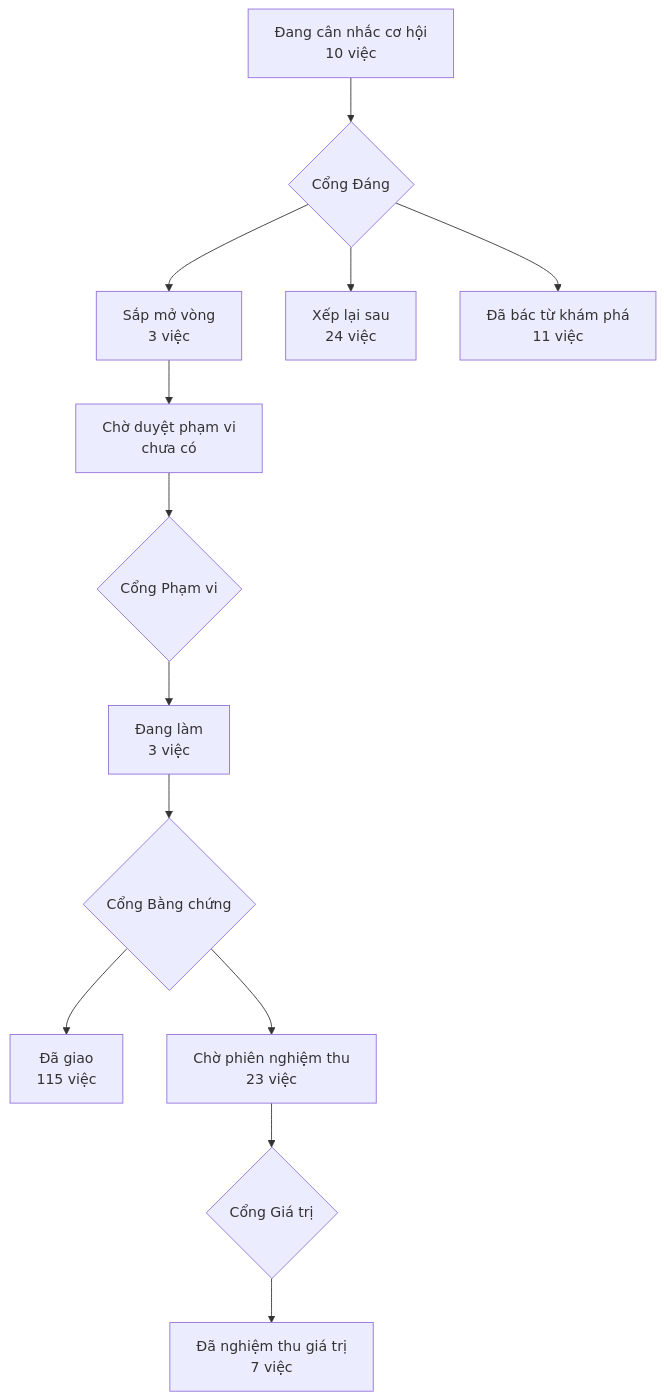
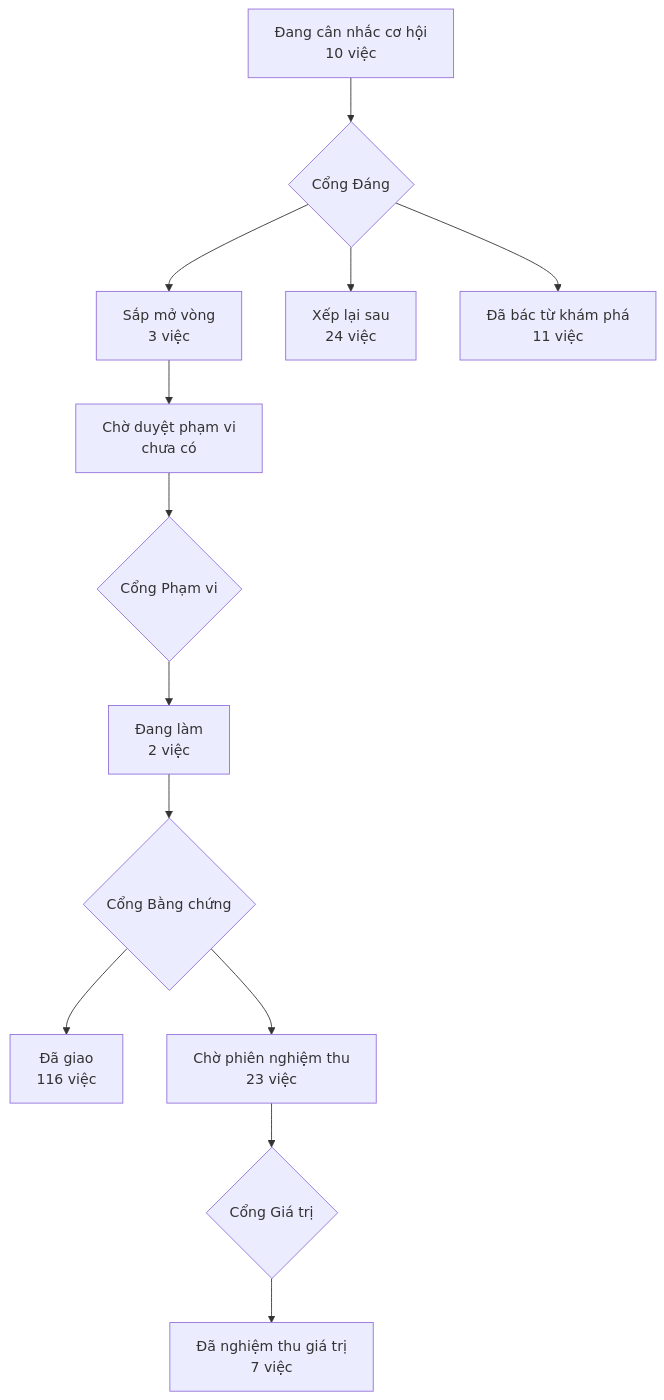
The diagram in PRODUCT-MAP.md (phanlemanh/acceptance-gate-kit), drawn with Mermaid before and after one commit. The commit also changed 5 other files, not shown here.

````diff
--- a/PRODUCT-MAP.md
+++ b/PRODUCT-MAP.md
@@ -7,12 +7,12 @@
 ```mermaid
 flowchart TD
   A["Đang cân nhắc cơ hội<br/>10 việc"] --> GD{"Cổng Đáng"}
   GD --> B["Sắp mở vòng<br/>3 việc"]
   GD --> XL["Xếp lại sau<br/>24 việc"]
   GD --> DB["Đã bác từ khám phá<br/>11 việc"]
   B --> CD["Chờ duyệt phạm vi<br/>chưa có"] --> GP{"Cổng Phạm vi"}
-  GP --> DL["Đang làm<br/>3 việc"] --> GB{"Cổng Bằng chứng"}
-  GB --> DG["Đã giao<br/>115 việc"]
+  GP --> DL["Đang làm<br/>2 việc"] --> GB{"Cổng Bằng chứng"}
+  GB --> DG["Đã giao<br/>116 việc"]
   GB --> CN["Chờ phiên nghiệm thu<br/>23 việc"] --> GG{"Cổng Giá trị"}
   GG --> NT["Đã nghiệm thu giá trị<br/>7 việc"]
 ```
````
